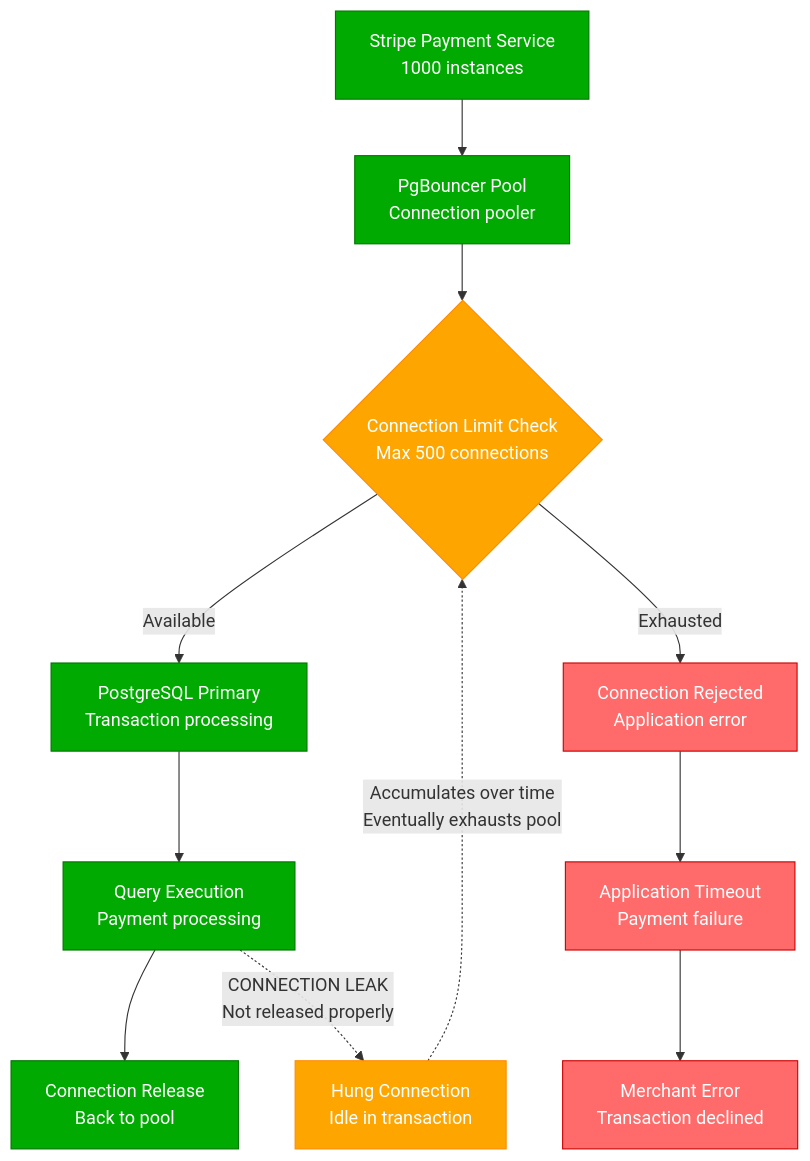
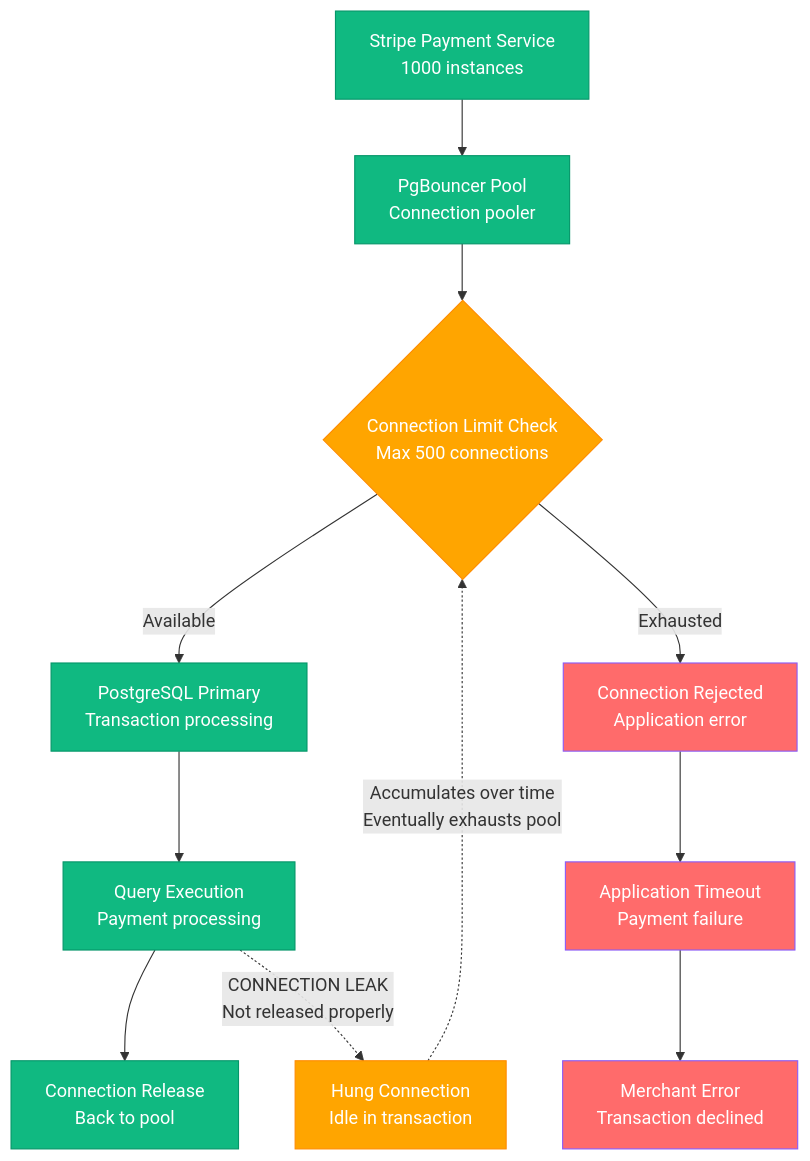
Before and after one commit to deepaucksharma/DS: the sixth of 11 diagrams in site/docs/incidents/stripe-july-2023.md, drawn with Mermaid. The commit also changed other lines of this file and 303 other files, not shown here.

````diff
--- a/site/docs/incidents/stripe-july-2023.md
+++ b/site/docs/incidents/stripe-july-2023.md
@@ -233,26 +233,26 @@
 ```mermaid
 flowchart TD
     A[Stripe Payment Service<br/>1000 instances] --> B[PgBouncer Pool<br/>Connection pooler]
     B --> C{Connection Limit Check<br/>Max 500 connections}
 
     C -->|Available| D[PostgreSQL Primary<br/>Transaction processing]
     C -->|Exhausted| E[Connection Rejected<br/>Application error]
 
     D --> F[Query Execution<br/>Payment processing]
     F --> G[Connection Release<br/>Back to pool]
 
     E --> H[Application Timeout<br/>Payment failure]
     H --> I[Merchant Error<br/>Transaction declined]
 
     %% The leak
     F -.->|CONNECTION LEAK<br/>Not released properly| J[Hung Connection<br/>Idle in transaction]
     J -.->|Accumulates over time<br/>Eventually exhausts pool| C
 
-    classDef normal fill:#00AA00,stroke:#007700,color:#fff
+    classDef normal fill:#10B981,stroke:#059669,color:#fff
     classDef problem fill:#FFA500,stroke:#FF8C00,color:#fff
-    classDef failure fill:#FF6B6B,stroke:#CC0000,color:#fff
+    classDef failure fill:#FF6B6B,stroke:#8B5CF6,color:#fff
 
     class A,B,D,F,G normal
     class C,J problem
     class E,H,I failure
 ```
````
